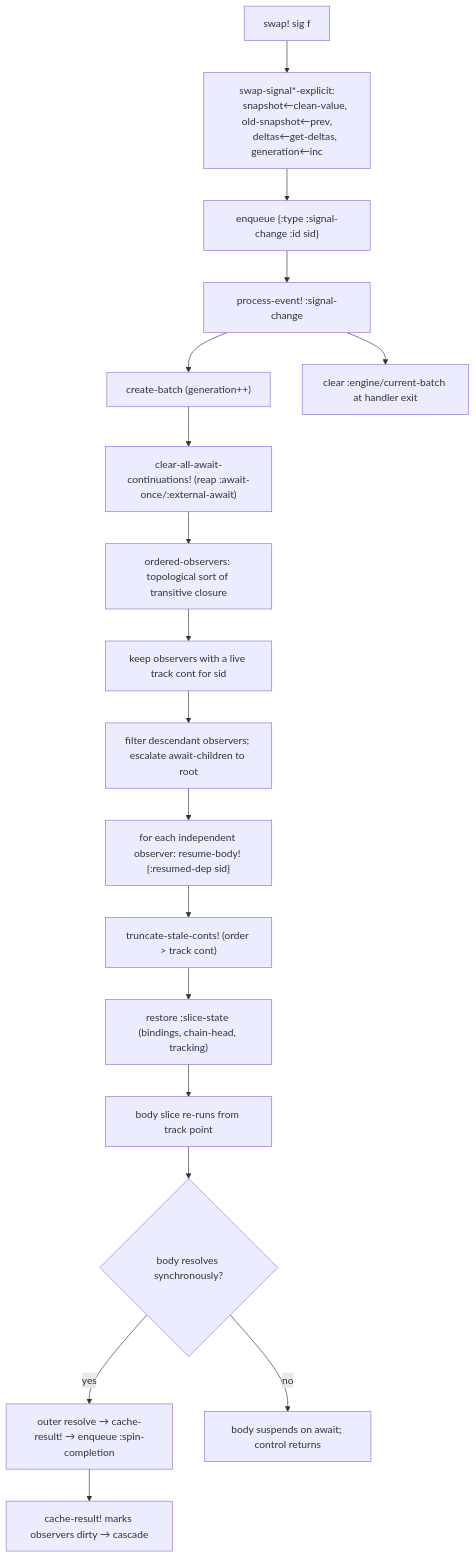
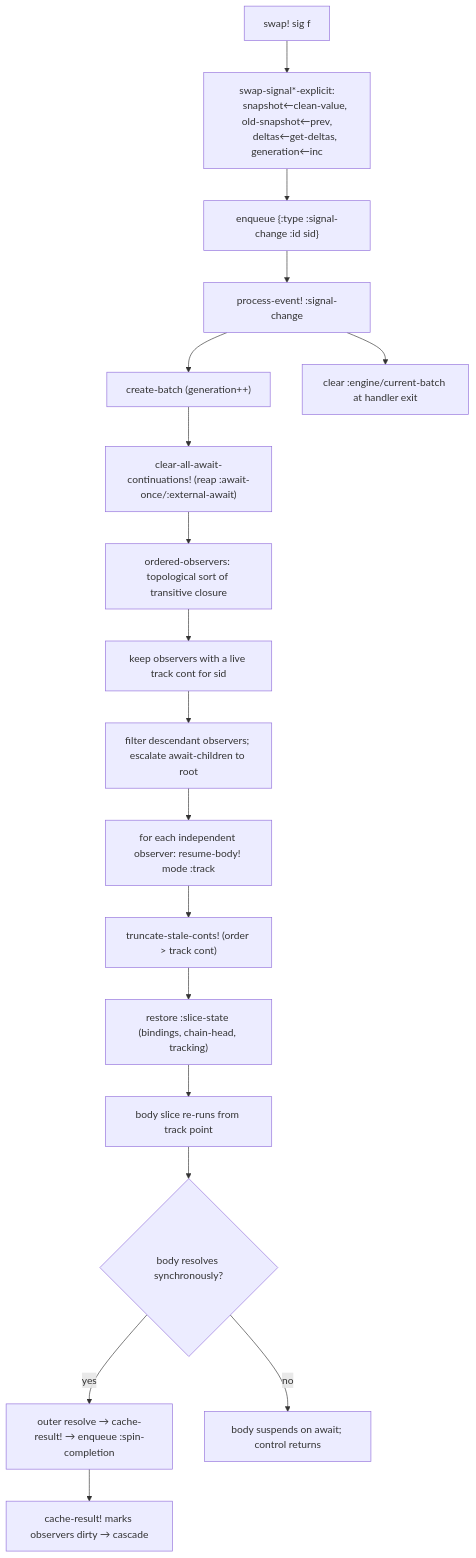
One commit to replikativ/spindel changed the second of 7 diagrams in docs/engine-formalism.md. Above: the diagram before and after it, drawn with Mermaid. The commit also changed other lines of this file and 4 other files, not shown here.

````diff
--- a/docs/engine-formalism.md
+++ b/docs/engine-formalism.md
@@ -617,22 +650,22 @@
 ```mermaid
 flowchart TD
     A["swap! sig f"] --> B["swap-signal*-explicit:
        snapshot←clean-value, old-snapshot←prev,
        deltas←get-deltas, generation←inc"]
     B --> C["enqueue {:type :signal-change :id sid}"]
     C --> D["process-event! :signal-change"]
     D --> E["create-batch (generation++)"]
     E --> F["clear-all-await-continuations! (reap :await-once/:external-await)"]
     F --> G["ordered-observers: topological sort of transitive closure"]
     G --> H["keep observers with a live track cont for sid"]
     H --> I["filter descendant observers; escalate await-children to root"]
-    I --> J["for each independent observer: resume-body! {:resumed-dep sid}"]
+    I --> J["for each independent observer: resume-body! mode :track"]
     J --> K["truncate-stale-conts! (order > track cont)"]
     K --> L["restore :slice-state (bindings, chain-head, tracking)"]
     L --> M["body slice re-runs from track point"]
     M --> N{body resolves synchronously?}
     N -- yes --> O["outer resolve → cache-result! → enqueue :spin-completion"]
     N -- no --> P["body suspends on await; control returns"]
     O --> Q["cache-result! marks observers dirty → cascade"]
     D --> R["clear :engine/current-batch at handler exit"]
 ```
````
